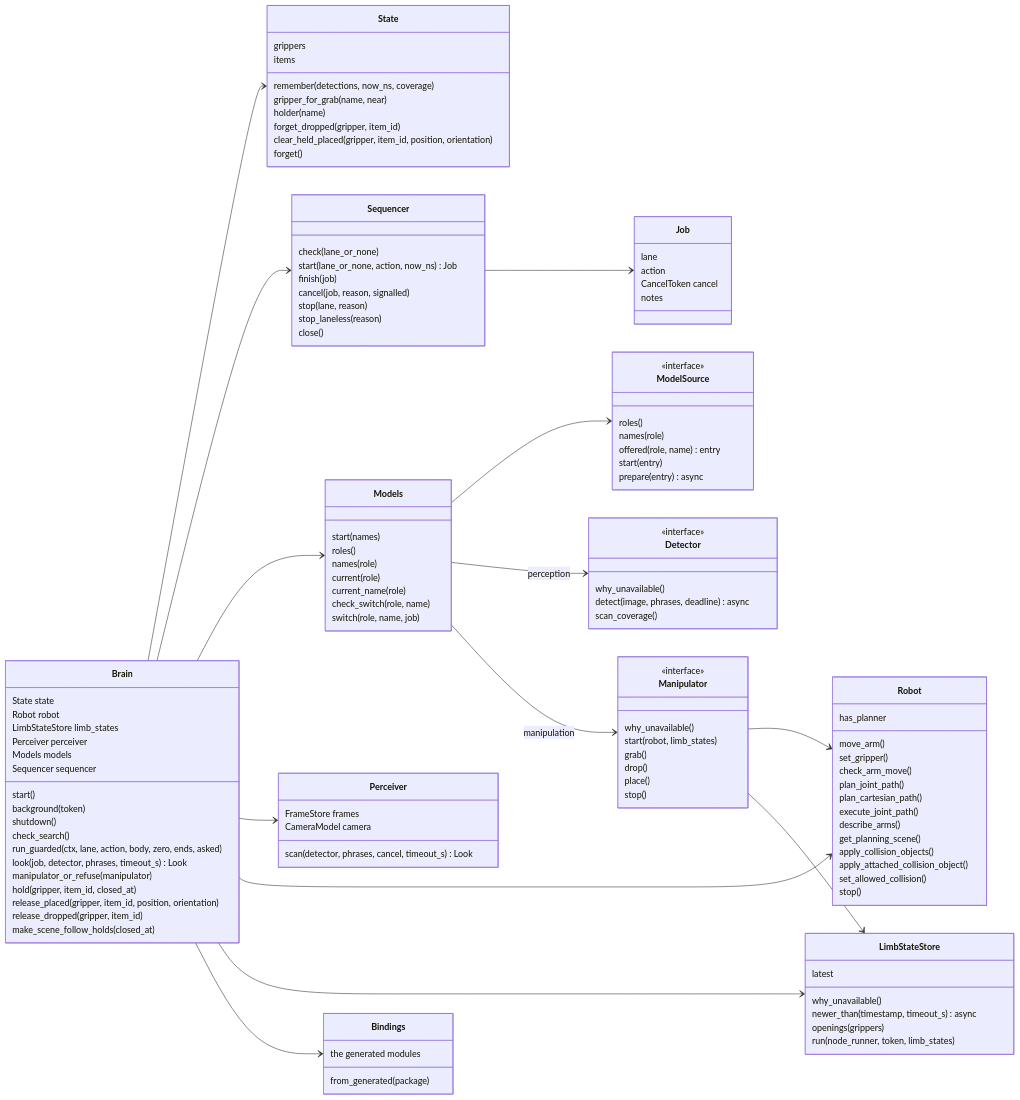
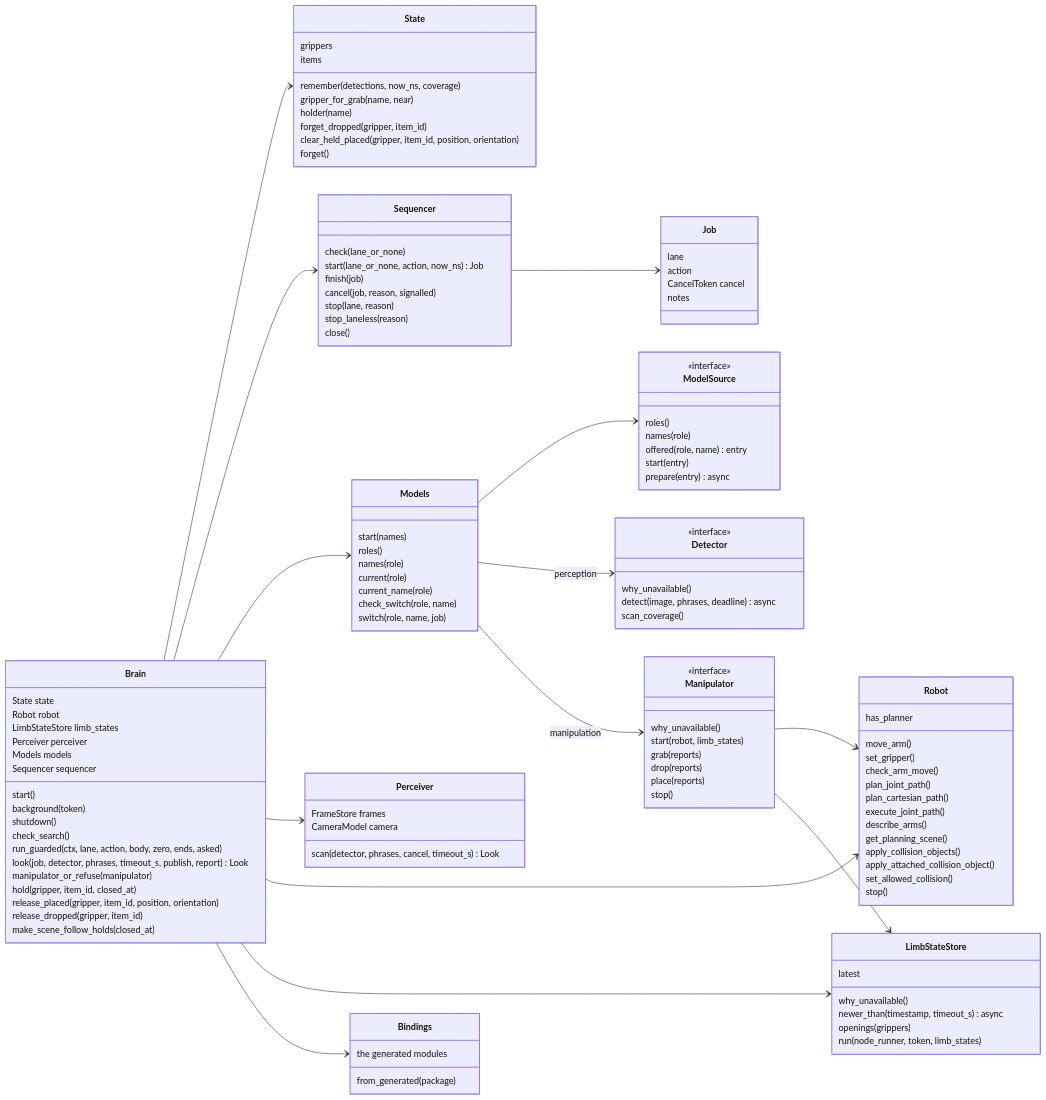
Before and after one commit to Peppy-bot/public-peppy-libs: the second of 5 diagrams in brain_core/README.md, drawn with Mermaid. The commit also changed other lines of this file and 24 other files, not shown here.

```diff
--- a/brain_core/README.md
+++ b/brain_core/README.md
@@ -177,7 +186,7 @@
         shutdown()
         check_search()
         run_guarded(ctx, lane, action, body, zero, ends, asked)
-        look(job, detector, phrases, timeout_s) Look
+        look(job, detector, phrases, timeout_s, publish, report) Look
         manipulator_or_refuse(manipulator)
         hold(gripper, item_id, closed_at)
         release_placed(gripper, item_id, position, orientation)
@@ -241,9 +250,9 @@
         <<interface>>
         why_unavailable()
         start(robot, limb_states)
-        grab()
-        drop()
-        place()
+        grab(reports)
+        drop(reports)
+        place(reports)
         stop()
     }
     class Robot {
```
